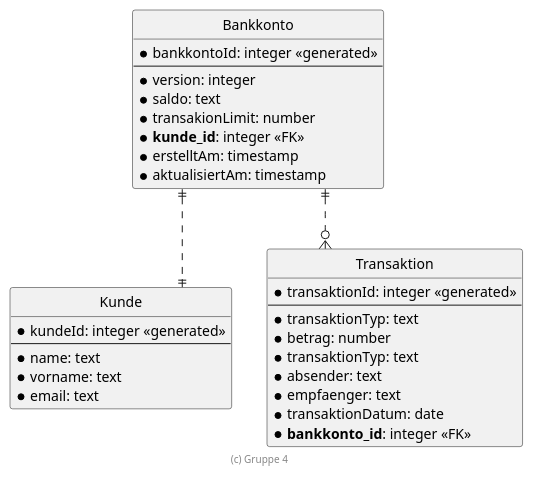
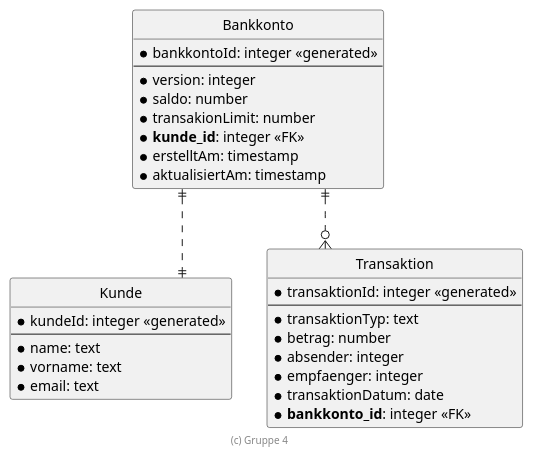
One commit to Caleb-Script/bankkonto-verwalter-nestjs changed the diagram in .extras/doc/projekthandbuch/ER-Diagramm.plantuml. Above: the diagram before and after it, drawn with PlantUML. The commit also changed 4 other files, not shown here.

Commit message:
Diagramme hinzugefügt, Controller und Entities bearbeitet

```diff
--- a/.extras/doc/projekthandbuch/ER-Diagramm.plantuml
+++ b/.extras/doc/projekthandbuch/ER-Diagramm.plantuml
@@ -1,45 +1,44 @@
 @startuml ER Diagramm
 
 ' hide the spot
 hide circle
 
 ' evtl. Prbleme mit Kraehenfuessen vermeiden
 skinparam linetype ortho
 
 entity "Bankkonto" {
   * bankkontoId: integer <<generated>>
   --
   * version: integer
-  * saldo: text
+  * saldo: number
   * transakionLimit: number
   * **kunde_id**: integer <<FK>>
   * erstelltAm: timestamp
   * aktualisiertAm: timestamp
 }
 
 entity "Kunde" {
   * kundeId: integer <<generated>>
   --
   * name: text
   * vorname: text
   * email: text
 }
 
 entity "Transaktion" {
   * transaktionId: integer <<generated>>
   --
   * transaktionTyp: text
   * betrag: number
-  * transaktionTyp: text
-  * absender: text
-  * empfaenger: text
+  * absender: integer
+  * empfaenger: integer
   * transaktionDatum: date
   * **bankkonto_id**: integer <<FK>>
 }
 
 Bankkonto ||..|| Kunde
 Bankkonto ||..o{ Transaktion
 
 footer (c) Gruppe 4
 
 @enduml
```
